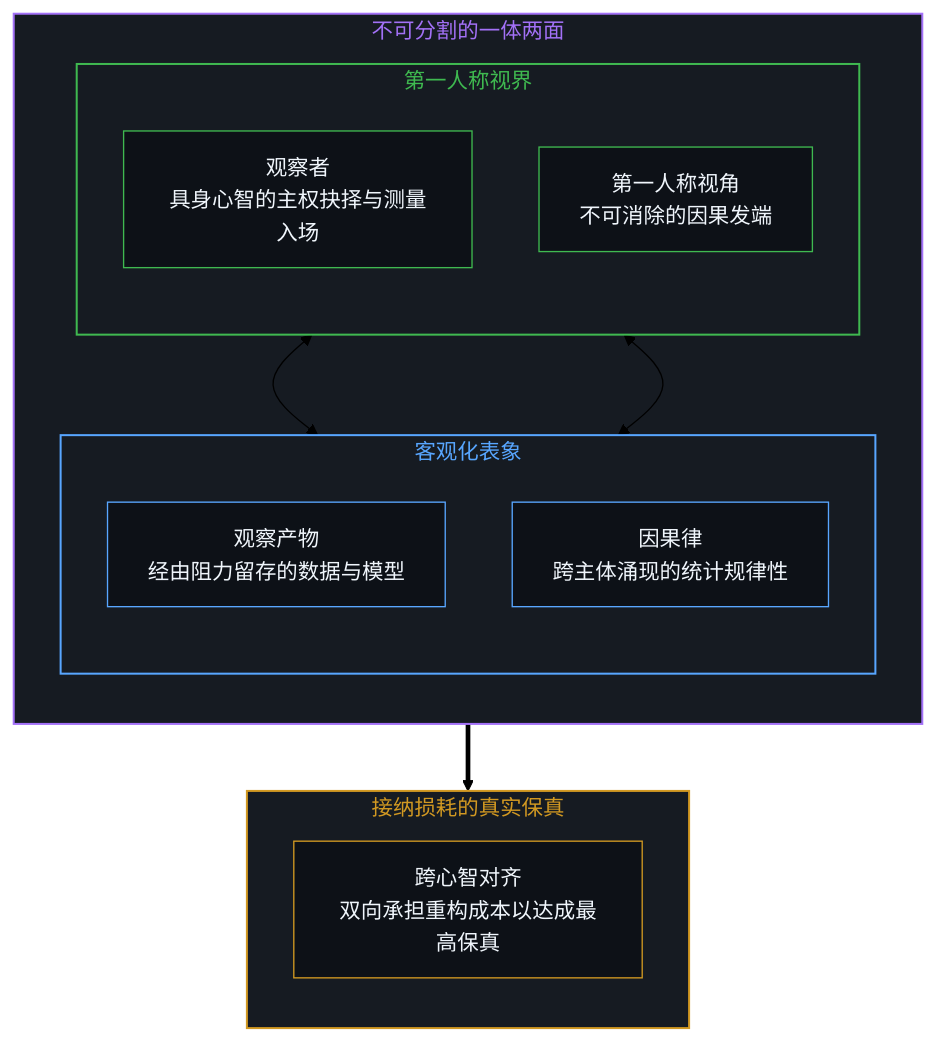
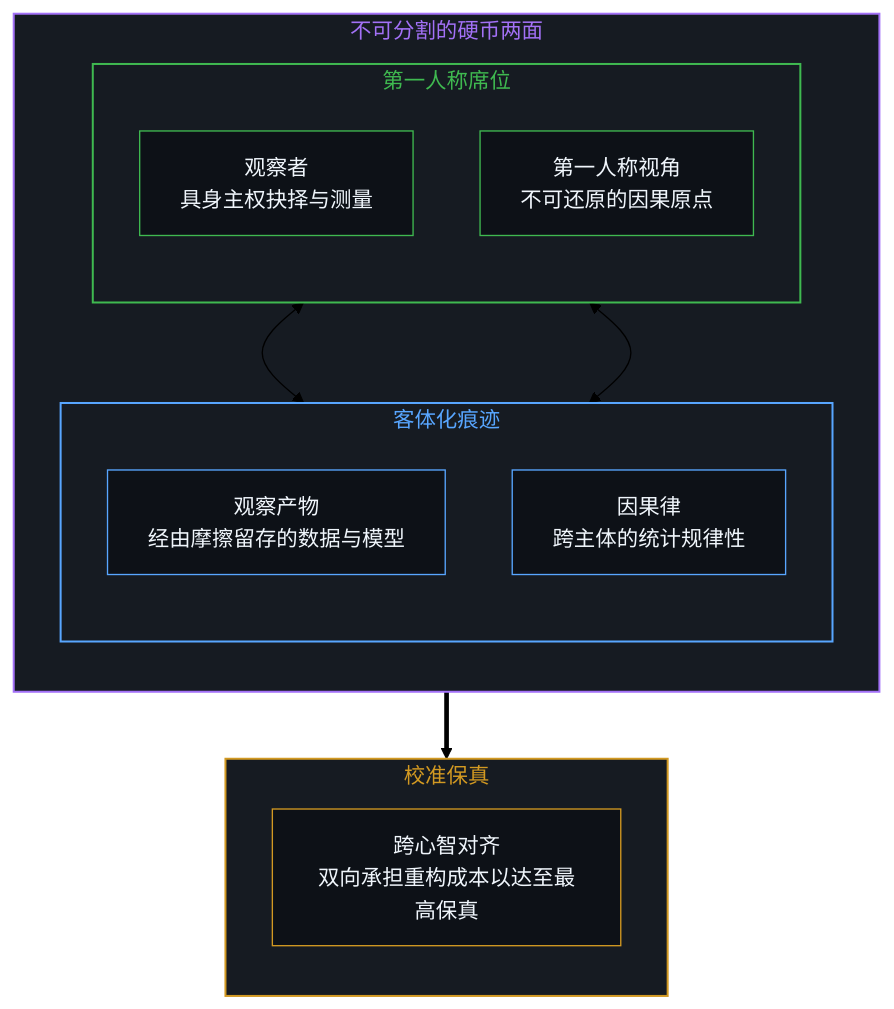
Before and after one commit to powerpig99/not-a-toe: the third of 4 diagrams in content/posts/the-invisible-observer-and-the-delusion-of-lossless-transmission.md, drawn with Mermaid (forest theme). The commit also changed other lines of this file and 2 other files, not shown here.

````diff
--- a/content/posts/the-invisible-observer-and-the-delusion-of-lossless-transmission.md
+++ b/content/posts/the-invisible-observer-and-the-delusion-of-lossless-transmission.md
@@ -91,32 +91,32 @@
 ```mermaid
 flowchart TD
-    subgraph S_coin ["不可分割的一体两面"]
+    subgraph S_coin ["不可分割的硬币两面"]
         direction TB
-        subgraph S_mind ["第一人称视界"]
+        subgraph S_mind ["第一人称席位"]
             direction TB
-            OBS["观察者<br/>具身心智的主权抉择与测量入场"]
-            PERS["第一人称视角<br/>不可消除的因果发端"]
+            OBS["观察者<br/>具身主权抉择与测量"]
+            PERS["第一人称视角<br/>不可还原的因果原点"]
         end
-        subgraph S_trace ["客观化表象"]
+        subgraph S_trace ["客体化痕迹"]
             direction TB
-            OBSN["观察产物<br/>经由阻力留存的数据与模型"]
-            CAUS["因果律<br/>跨主体涌现的统计规律性"]
+            OBSN["观察产物<br/>经由摩擦留存的数据与模型"]
+            CAUS["因果律<br/>跨主体的统计规律性"]
         end
     end
-    subgraph S_fidelity ["接纳损耗的真实保真"]
+    subgraph S_fidelity ["校准保真"]
         direction TB
-        CALIB["跨心智对齐<br/>双向承担重构成本以达成最高保真"]
+        CALIB["跨心智对齐<br/>双向承担重构成本以达至最高保真"]
     end
     OBS <--> OBSN
     PERS <--> CAUS
     S_coin ==> CALIB
     style S_coin fill:#161b22,stroke:#a371f7,stroke-width:1.5px,color:#a371f7
     style S_mind fill:#161b22,stroke:#3fb950,stroke-width:1.5px,color:#3fb950
     style S_trace fill:#161b22,stroke:#58a6ff,stroke-width:1.5px,color:#58a6ff
     style S_fidelity fill:#161b22,stroke:#d29922,stroke-width:1.5px,color:#d29922
     style OBS fill:#0d1117,stroke:#3fb950,stroke-width:1px,color:#f0f6fc
     style PERS fill:#0d1117,stroke:#3fb950,stroke-width:1px,color:#f0f6fc
     style OBSN fill:#0d1117,stroke:#58a6ff,stroke-width:1px,color:#f0f6fc
     style CAUS fill:#0d1117,stroke:#58a6ff,stroke-width:1px,color:#f0f6fc
     style CALIB fill:#0d1117,stroke:#d29922,stroke-width:1px,color:#f0f6fc
 ```
````
